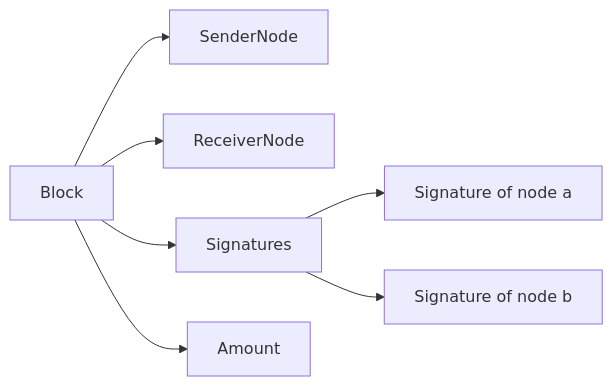
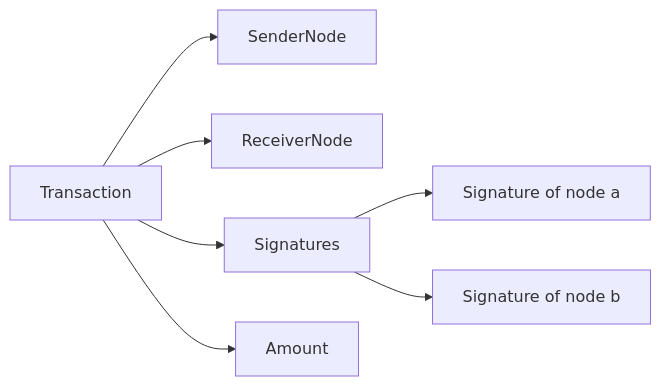
One commit to Swelshin/SwelCoin changed the second of 2 diagrams in README.md. Above: the diagram before and after it, drawn with Mermaid. The commit also changed other lines of this file and 1 other file, not shown here.

````diff
--- a/README.md
+++ b/README.md
@@ -33,16 +34,16 @@
 ```mermaid
 flowchart LR
-    block["Block"]
+    block["Transaction"]
     sender["SenderNode"]
     receiver["ReceiverNode"]
     signatures["Signatures"]
     signaturea["Signature of node a"]
     signatureb["Signature of node b"]
     amount["Amount"]
     block --> sender
     block --> receiver
     block --> signatures
     signatures --> signaturea
     signatures --> signatureb
     block --> amount
 ```
````
